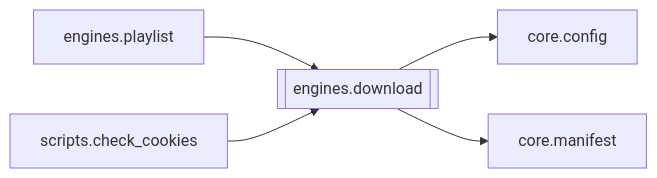
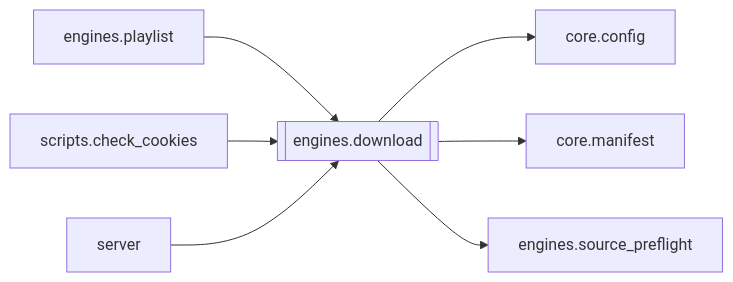
One commit to kjza178/PinelineV5 changed the diagram in docs/brain/modules/engines.download.md. Above: the diagram before and after it, drawn with Mermaid. The commit also changed other lines of this file and 227 other files, not shown here.

````diff
--- a/docs/brain/modules/engines.download.md
+++ b/docs/brain/modules/engines.download.md
@@ -18,8 +18,10 @@
 ```mermaid
 flowchart LR
   engines_download[[engines.download]]
   engines_playlist[engines.playlist] --> engines_download
   scripts_check_cookies[scripts.check_cookies] --> engines_download
+  server[server] --> engines_download
   engines_download --> core_config[core.config]
   engines_download --> core_manifest[core.manifest]
+  engines_download --> engines_source_preflight[engines.source_preflight]
 ```
````
